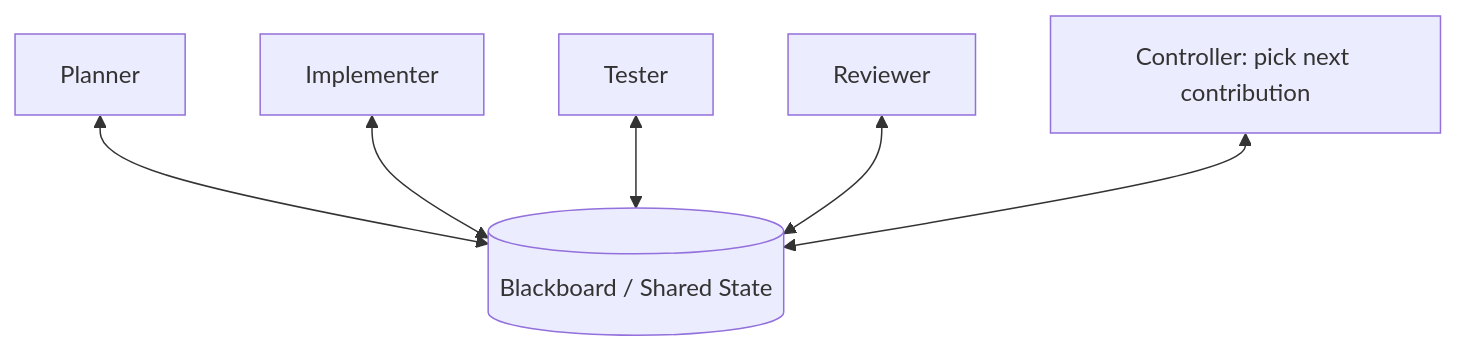
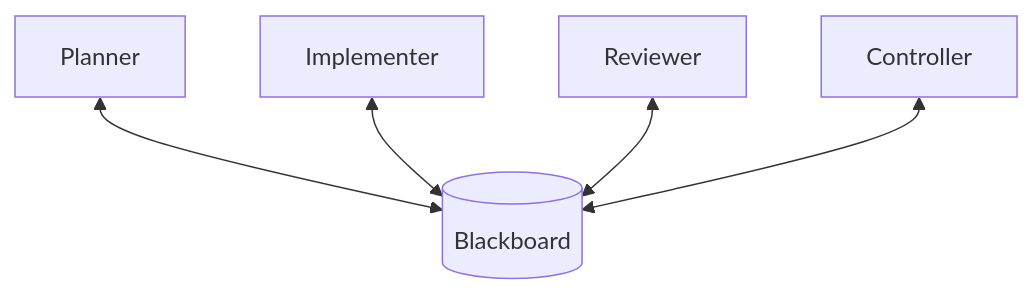
The fifth of 14 diagrams in research/autonomous-agent-fleet.md (JNK234/claude-dotfiles), drawn with Mermaid before and after one commit. The commit also changed other lines of this file, not shown here.

````diff
--- a/research/autonomous-agent-fleet.md
+++ b/research/autonomous-agent-fleet.md
@@ -278,9 +268,8 @@
 ```mermaid
 flowchart TB
-    BB[(Blackboard / Shared State)]
-    P[Planner] <--> BB
-    Impl[Implementer] <--> BB
-    Test[Tester] <--> BB
-    Rev[Reviewer] <--> BB
-    Ctl[Controller: pick next contribution] <--> BB
+  BB[(Blackboard)]
+  P[Planner]<-->BB
+  I[Implementer]<-->BB
+  R[Reviewer]<-->BB
+  Ctl[Controller]<-->BB
 ```
````
